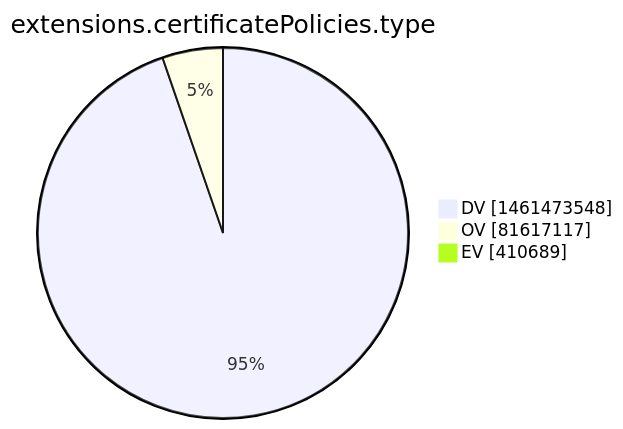
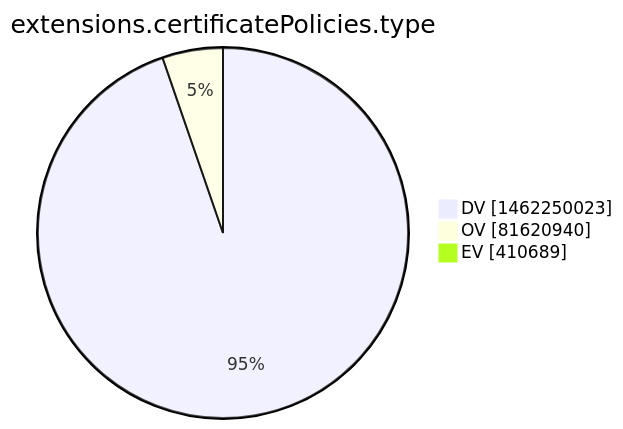
One commit to christiankrug/ctmonitor_visualization changed the tenth of 15 diagrams in xenon2022/README.md. Above: the diagram before and after it, drawn with Mermaid. The commit also changed other lines of this file, not shown here.

````diff
--- a/xenon2022/README.md
+++ b/xenon2022/README.md
@@ -2870,7 +2870,7 @@
 ```mermaid
 pie showData
 title extensions.certificatePolicies.type
-"DV" :1461473548
-"OV" :81617117
+"DV" :1462250023
+"OV" :81620940
 "EV" :410689
 ```
````
